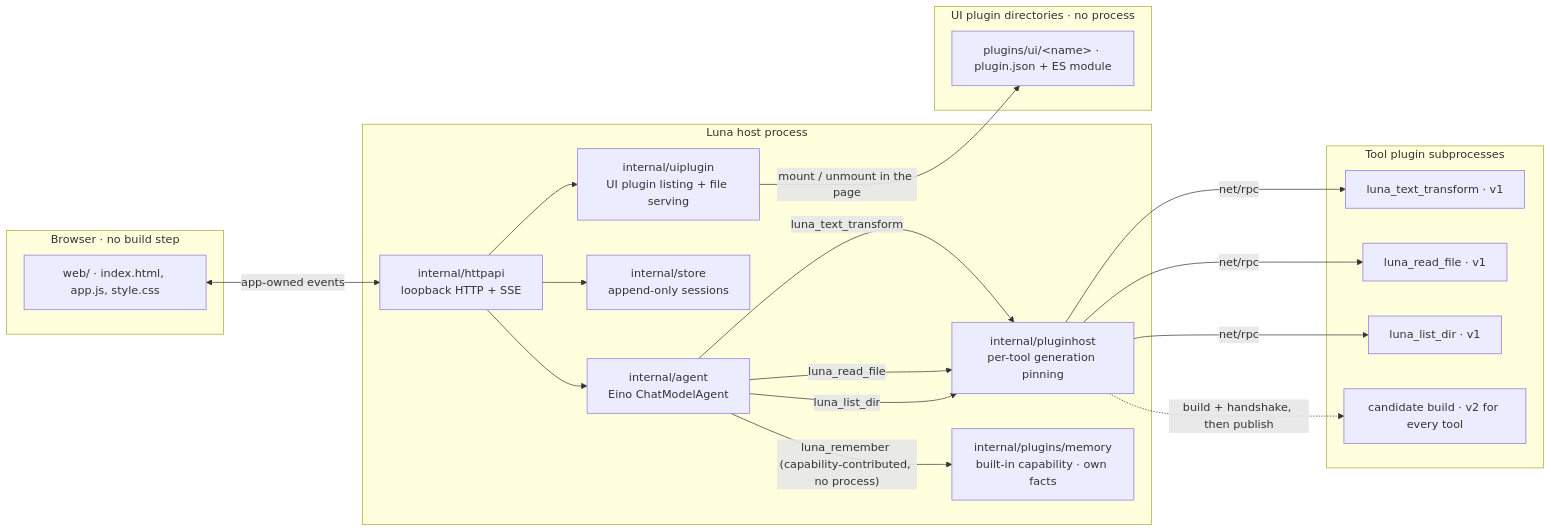
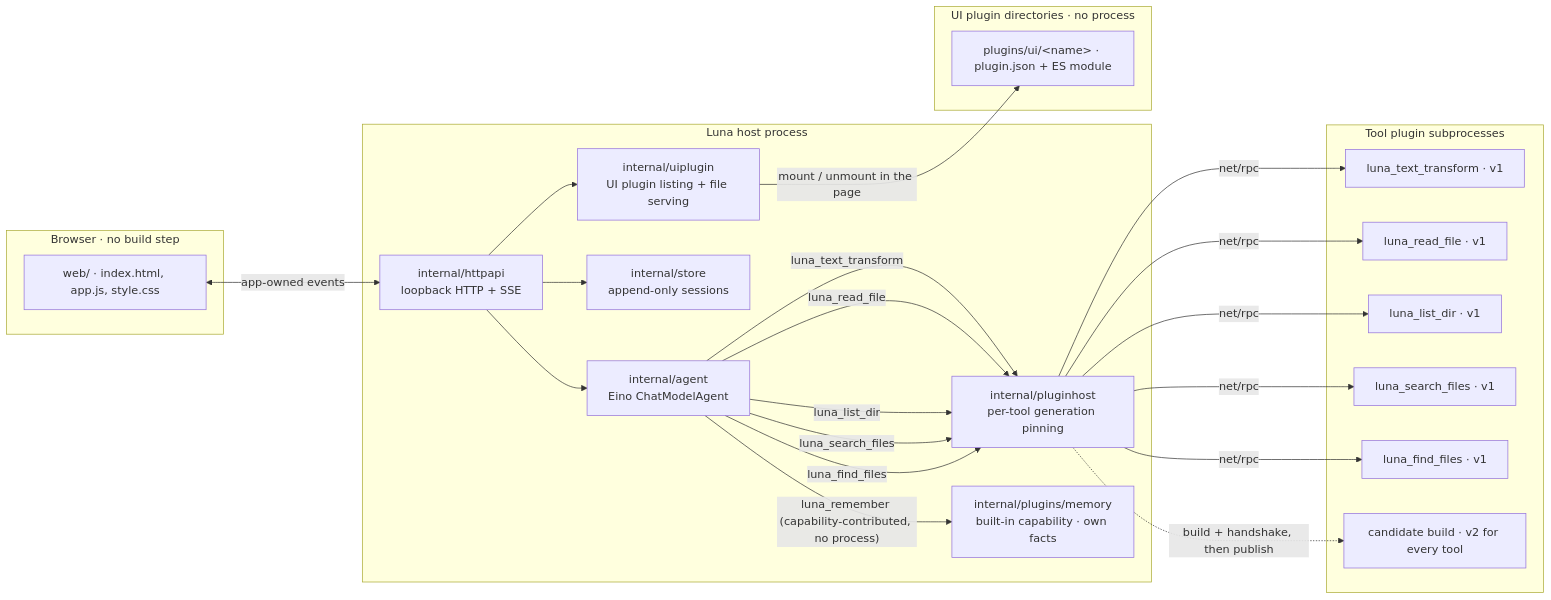
The diagram in README.md (Qaraku/luna-agent), drawn with Mermaid before and after one commit. The commit also changed other lines of this file and 1 other file, not shown here.

First line of the commit message:
docs: record the name-search tool and what was verified for it

````diff
--- a/README.md
+++ b/README.md
@@ -13,40 +13,46 @@
 ```mermaid
 flowchart LR
     subgraph Browser["Browser · no build step"]
         UI["web/ · index.html, app.js, style.css"]
     end
 
     subgraph Host["Luna host process"]
         API["internal/httpapi<br/>loopback HTTP + SSE"]
         Agent["internal/agent<br/>Eino ChatModelAgent"]
         PH["internal/pluginhost<br/>per-tool generation pinning"]
         Mem["internal/plugins/memory<br/>built-in capability · own facts"]
         Store["internal/store<br/>append-only sessions"]
         UIP["internal/uiplugin<br/>UI plugin listing + file serving"]
     end
 
     subgraph Plugins["Tool plugin subprocesses"]
         T1["luna_text_transform · v1"]
         R1["luna_read_file · v1"]
         D1["luna_list_dir · v1"]
+        S1["luna_search_files · v1"]
+        F1["luna_find_files · v1"]
         C["candidate build · v2 for every tool"]
     end
 
     subgraph UIPlugins["UI plugin directories · no process"]
         UIPlug["plugins/ui/&lt;name&gt; · plugin.json + ES module"]
     end
 
     UI <-->|"app-owned events"| API
     API --> Agent
     API --> Store
     API --> UIP
     Agent -->|"luna_remember (capability-contributed, no process)"| Mem
     Agent -->|"luna_text_transform"| PH
     Agent -->|"luna_read_file"| PH
     Agent -->|"luna_list_dir"| PH
+    Agent -->|"luna_search_files"| PH
+    Agent -->|"luna_find_files"| PH
     PH -->|"net/rpc"| T1
     PH -->|"net/rpc"| R1
     PH -->|"net/rpc"| D1
+    PH -->|"net/rpc"| S1
+    PH -->|"net/rpc"| F1
     PH -.->|"build + handshake, then publish"| C
     UIP -->|"mount / unmount in the page"| UIPlug
 ```
````
